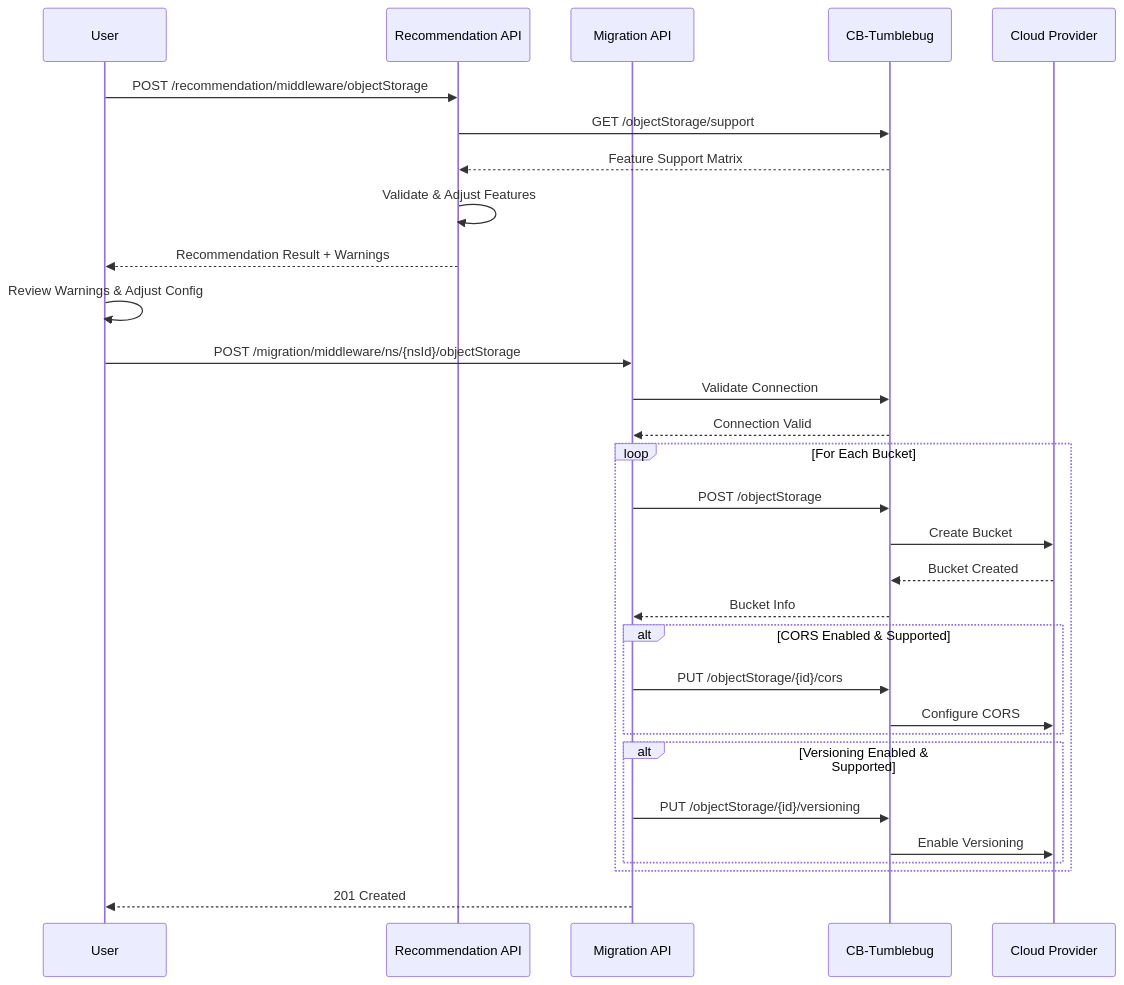
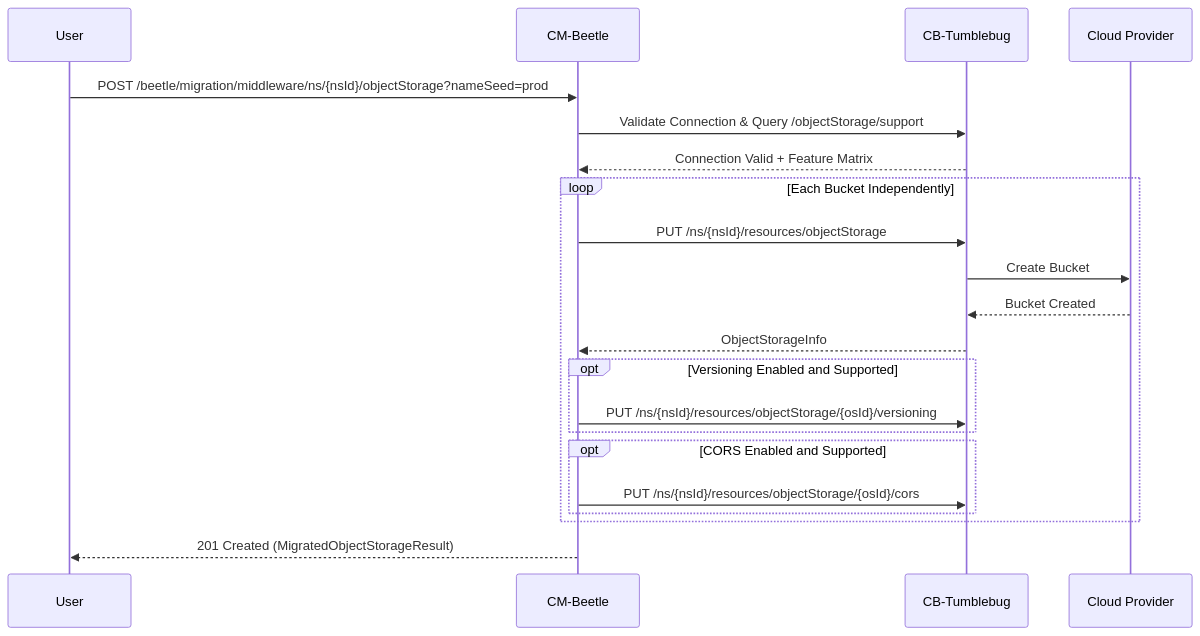
One commit to cloud-barista/cm-beetle changed the second of 2 diagrams in docs/feature-guide/middleware-object-storage.md. Above: the diagram before and after it, drawn with Mermaid. The commit also changed other lines of this file and 37 other files, not shown here.

First line of the commit message:
fix(migration): refine object storage lifecycle

````diff
--- a/docs/feature-guide/middleware-object-storage.md
+++ b/docs/feature-guide/middleware-object-storage.md
@@ -568,39 +220,28 @@
 ```mermaid
 sequenceDiagram
     participant User
-    participant Recommendation API
-    participant Migration API
-    participant CB-Tumblebug
-    participant Cloud Provider
+    participant Beetle as CM-Beetle
+    participant TB as CB-Tumblebug
+    participant CSP as Cloud Provider
 
-    User->>Recommendation API: POST /recommendation/middleware/objectStorage
-    Recommendation API->>CB-Tumblebug: GET /objectStorage/support
-    CB-Tumblebug-->>Recommendation API: Feature Support Matrix
-    Recommendation API->>Recommendation API: Validate & Adjust Features
-    Recommendation API-->>User: Recommendation Result + Warnings
+    User->>Beetle: POST /beetle/migration/middleware/ns/{nsId}/objectStorage?nameSeed=prod
+    Beetle->>TB: Validate Connection & Query /objectStorage/support
+    TB-->>Beetle: Connection Valid + Feature Matrix
 
-    User->>User: Review Warnings & Adjust Config
+    loop Each Bucket Independently
+        Beetle->>TB: PUT /ns/{nsId}/resources/objectStorage
+        TB->>CSP: Create Bucket
+        CSP-->>TB: Bucket Created
+        TB-->>Beetle: ObjectStorageInfo
 
-    User->>Migration API: POST /migration/middleware/ns/{nsId}/objectStorage
-    Migration API->>CB-Tumblebug: Validate Connection
-    CB-Tumblebug-->>Migration API: Connection Valid
-
-    loop For Each Bucket
-        Migration API->>CB-Tumblebug: POST /objectStorage
-        CB-Tumblebug->>Cloud Provider: Create Bucket
-        Cloud Provider-->>CB-Tumblebug: Bucket Created
-        CB-Tumblebug-->>Migration API: Bucket Info
-
-        alt CORS Enabled & Supported
-            Migration API->>CB-Tumblebug: PUT /objectStorage/{id}/cors
-            CB-Tumblebug->>Cloud Provider: Configure CORS
+        opt Versioning Enabled and Supported
+            Beetle->>TB: PUT /ns/{nsId}/resources/objectStorage/{osId}/versioning
         end
 
-        alt Versioning Enabled & Supported
-            Migration API->>CB-Tumblebug: PUT /objectStorage/{id}/versioning
-            CB-Tumblebug->>Cloud Provider: Enable Versioning
+        opt CORS Enabled and Supported
+            Beetle->>TB: PUT /ns/{nsId}/resources/objectStorage/{osId}/cors
         end
     end
 
-    Migration API-->>User: 201 Created
+    Beetle-->>User: 201 Created (MigratedObjectStorageResult)
 ```
````
